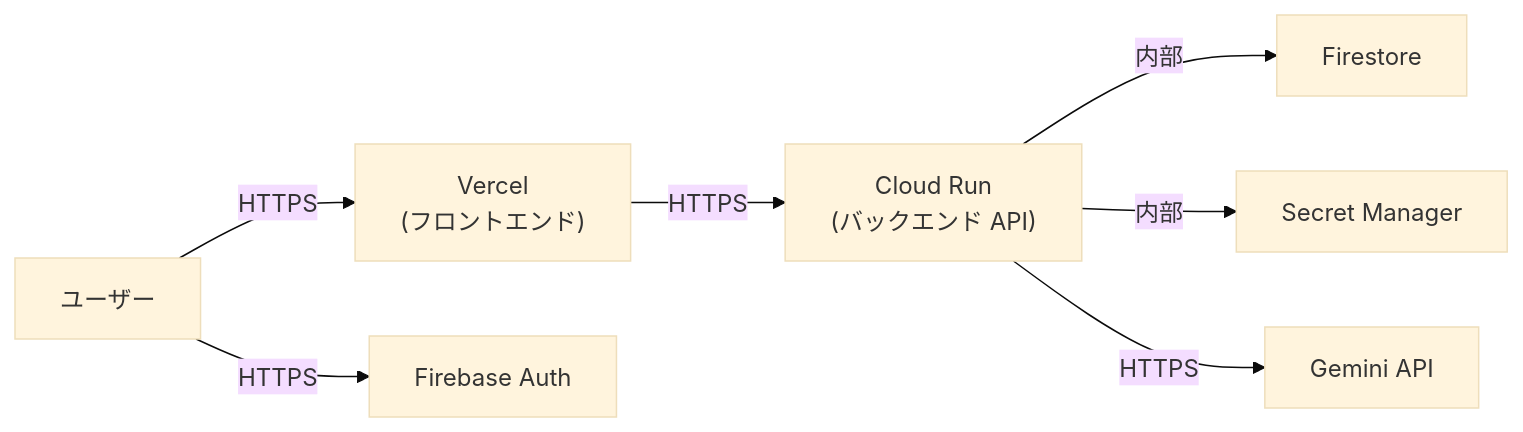
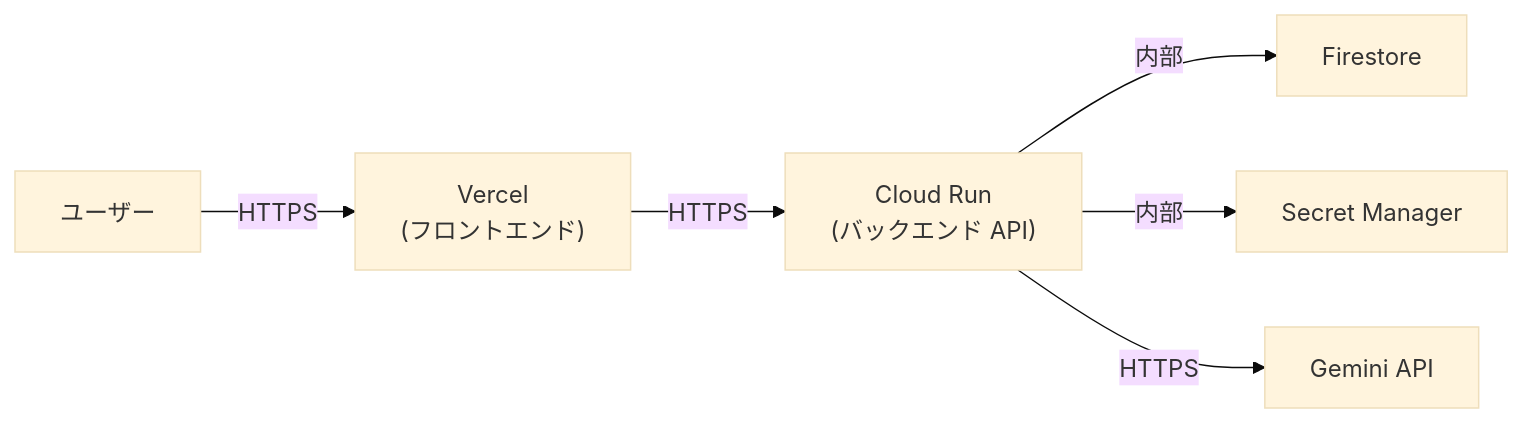
One commit to matsuda-tkm/debug-master changed the third of 3 diagrams in docs-new/infrastructure.md. Above: the diagram before and after it, drawn with Mermaid (base theme). The commit also changed other lines of this file and 6 other files, not shown here.

Commit message:
docs: Update architecture, security, and migration documentation to reflect the transition from Firebase Authentication to Basic Authentication with user and admin roles, and remove references to the users collection in Firestore.

````diff
--- a/docs-new/infrastructure.md
+++ b/docs-new/infrastructure.md
@@ -251,9 +215,8 @@
 ```mermaid
 flowchart LR
     User["ユーザー"] -->|HTTPS| Vercel["Vercel<br>(フロントエンド)"]
     Vercel -->|HTTPS| CloudRun["Cloud Run<br>(バックエンド API)"]
     CloudRun -->|内部| Firestore["Firestore"]
     CloudRun -->|内部| SecretMgr["Secret Manager"]
     CloudRun -->|HTTPS| Gemini["Gemini API"]
-    User -->|HTTPS| FireAuth["Firebase Auth"]
 ```
````
